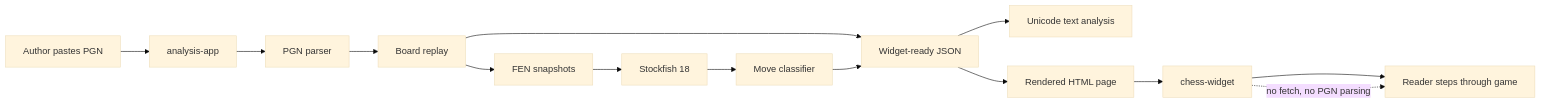
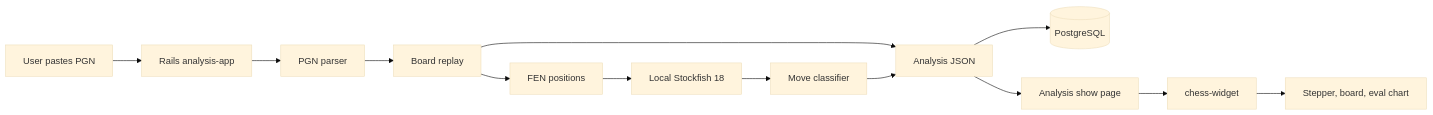
The first of 2 diagrams in README.md (cb341/chess-analyis-widget), drawn with Mermaid (base theme) before and after one commit. The commit also changed other lines of this file and 33 other files, not shown here.

First line of the commit message:
Migrate analysis app to Rails

````diff
--- a/README.md
+++ b/README.md
@@ -16,17 +12,15 @@
 ```mermaid
 flowchart LR
-    Author[Author pastes PGN] --> App[analysis-app]
-    App --> Parser[PGN parser]
+    User[User pastes PGN] --> Rails[Rails analysis-app]
+    Rails --> Parser[PGN parser]
     Parser --> Replay[Board replay]
-    Replay --> Fen[FEN snapshots]
-    Fen --> Engine[Stockfish 18]
-    Engine --> Classifier[Move classifier]
-    Replay --> Payload[Widget-ready JSON]
+    Replay --> Fen[FEN positions]
+    Fen --> Stockfish[Local Stockfish 18]
+    Stockfish --> Classifier[Move classifier]
+    Replay --> Payload[Analysis JSON]
     Classifier --> Payload
-    Payload --> Text[Unicode text analysis]
-    Payload --> Page[Rendered HTML page]
+    Payload --> Postgres[(PostgreSQL)]
+    Payload --> Page[Analysis show page]
     Page --> Widget[chess-widget]
-    Widget --> Reader[Reader steps through game]
-
-    Widget -. no fetch, no PGN parsing .-> Reader
+    Widget --> Reader[Stepper, board, eval chart]
 ```
````
